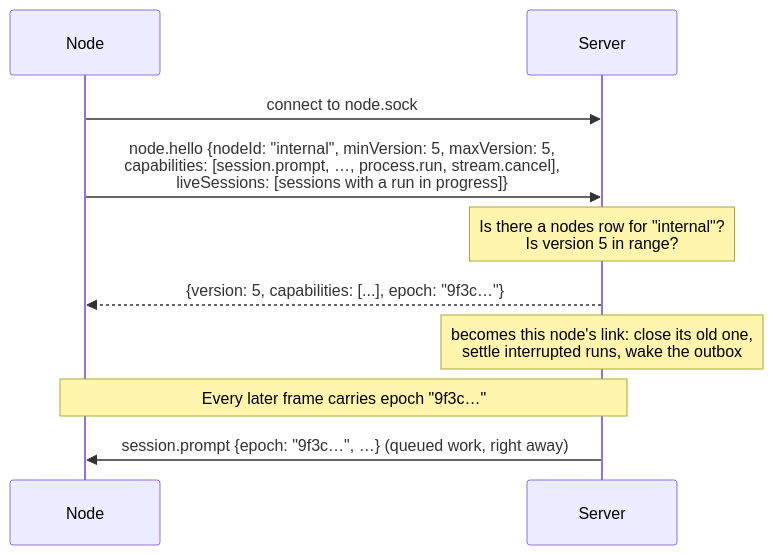
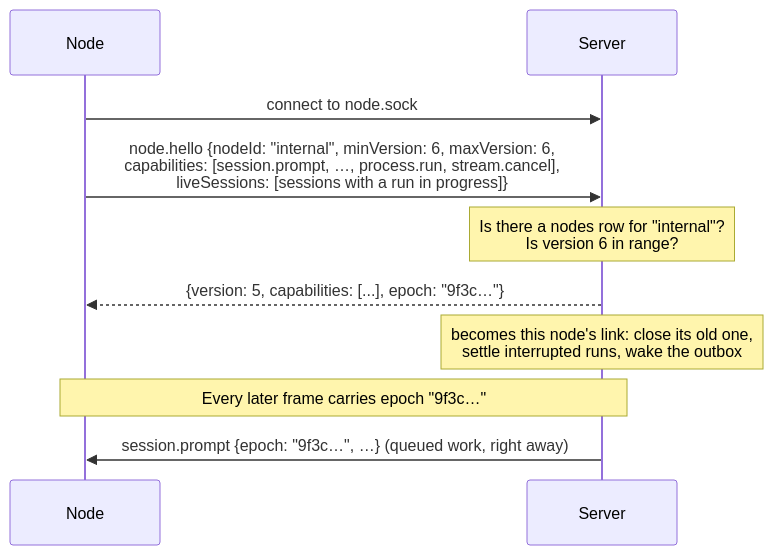
Before and after one commit to willtcarey/reins: the third of 8 diagrams in docs/dev/node-transport.md, drawn with Mermaid. The commit also changed other lines of this file and 43 other files, not shown here.

First line of the commit message:
Session kinds, with the system prompt built on the server

````diff
--- a/docs/dev/node-transport.md
+++ b/docs/dev/node-transport.md
@@ -213,12 +213,12 @@
 ```mermaid
 sequenceDiagram
     participant N as Node
     participant S as Server
     N->>S: connect to node.sock
-    N->>S: node.hello {nodeId: "internal", minVersion: 5, maxVersion: 5,<br/>capabilities: [session.prompt, …, process.run, stream.cancel],<br/>liveSessions: [sessions with a run in progress]}
-    Note over S: Is there a nodes row for "internal"?<br/>Is version 5 in range?
+    N->>S: node.hello {nodeId: "internal", minVersion: 6, maxVersion: 6,<br/>capabilities: [session.prompt, …, process.run, stream.cancel],<br/>liveSessions: [sessions with a run in progress]}
+    Note over S: Is there a nodes row for "internal"?<br/>Is version 6 in range?
     S-->>N: {version: 5, capabilities: [...], epoch: "9f3c…"}
     Note over S: becomes this node's link: close its old one,<br/>settle interrupted runs, wake the outbox
     Note over N,S: Every later frame carries epoch "9f3c…"
     S->>N: session.prompt {epoch: "9f3c…", …} (queued work, right away)
 ```
````
